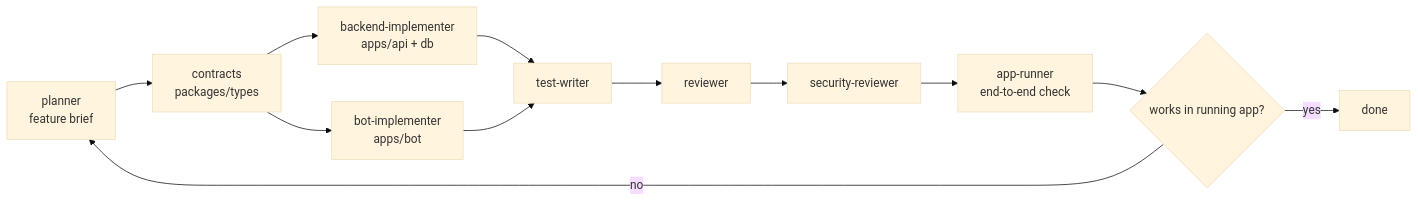
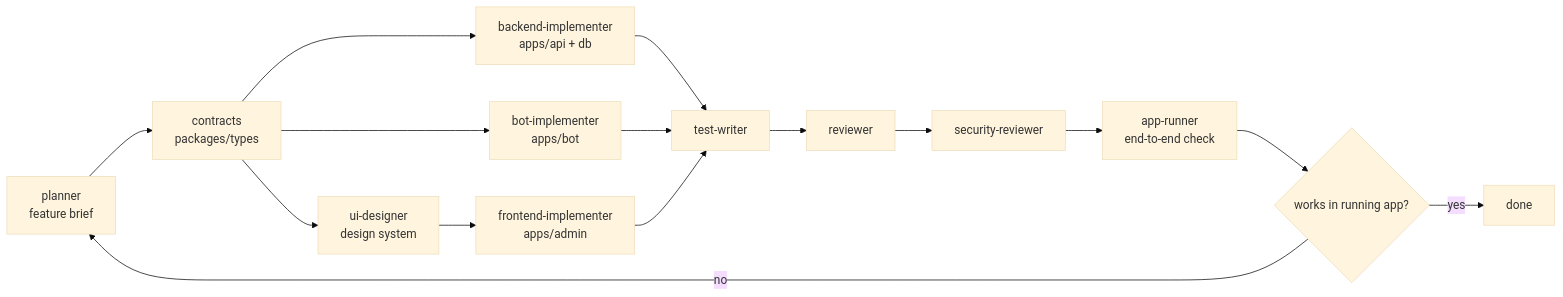
Before and after one commit to IldarRash/BeosendApp: the diagram in AGENTS.md, drawn with Mermaid (base theme). The commit also changed other lines of this file and 32 other files, not shown here.

````diff
--- a/AGENTS.md
+++ b/AGENTS.md
@@ -21,14 +23,17 @@
 ```mermaid
 flowchart LR
   P[planner\nfeature brief] --> C[contracts\npackages/types]
   C --> B[backend-implementer\napps/api + db]
   C --> T[bot-implementer\napps/bot]
+  C --> UI[ui-designer\ndesign system]
+  UI --> F[frontend-implementer\napps/admin]
   B --> TW[test-writer]
   T --> TW
+  F --> TW
   TW --> R[reviewer]
   R --> SR[security-reviewer]
   SR --> AR[app-runner\nend-to-end check]
   AR --> DONE{works in running app?}
   DONE -- yes --> SHIP[done]
   DONE -- no --> P
 ```
````
